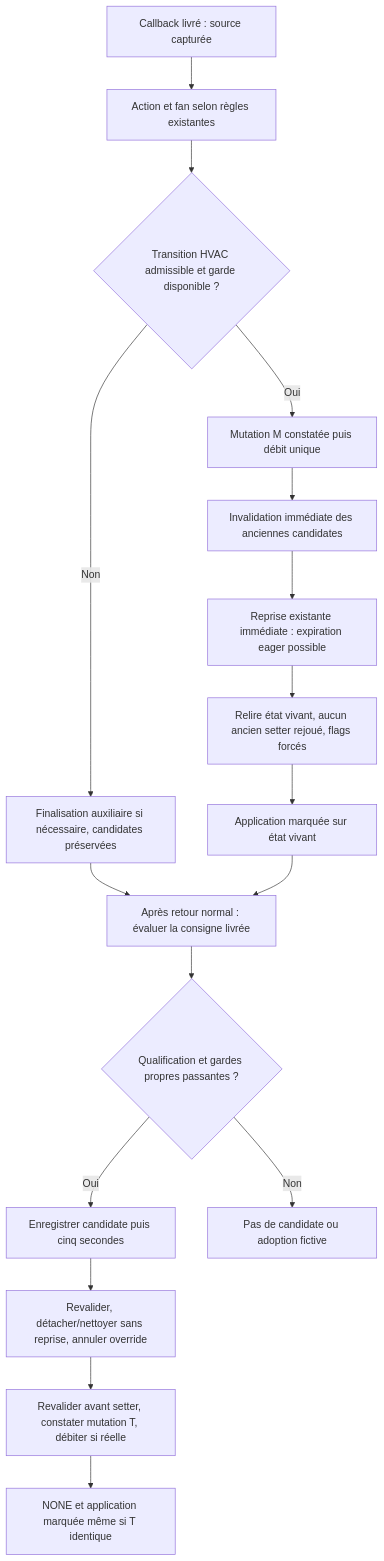
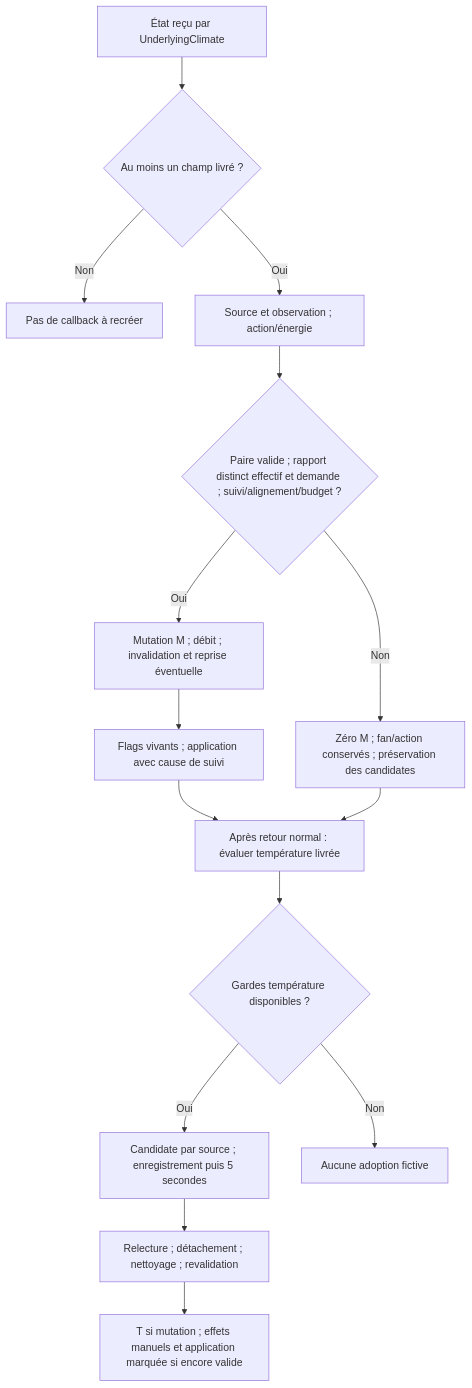
Before and after one commit to jmcollin78/versatile_thermostat: the diagram in documentation/tech-docs/issue-2141-design.md, drawn with Mermaid. The commit also changed other lines of this file and 2 other files, not shown here.

````diff
--- a/documentation/tech-docs/issue-2141-design.md
+++ b/documentation/tech-docs/issue-2141-design.md
@@ -99,19 +60,17 @@
 ```mermaid
 flowchart TD
-    A[Callback livré : source capturée] --> B[Action et fan selon règles existantes]
-    B --> C{Transition HVAC admissible et garde disponible ?}
-    C -- Non --> F[Finalisation auxiliaire si nécessaire, candidates préservées]
-    C -- Oui --> D[Mutation M constatée puis débit unique]
-    D --> E[Invalidation immédiate des anciennes candidates]
-    E --> R[Reprise existante immédiate : expiration eager possible]
-    R --> G[Relire état vivant, aucun ancien setter rejoué, flags forcés]
-    G --> H[Application marquée sur état vivant]
-    F --> I[Après retour normal : évaluer la consigne livrée]
-    H --> I
-    I --> J{Qualification et gardes propres passantes ?}
-    J -- Oui --> K[Enregistrer candidate puis cinq secondes]
-    K --> L[Revalider, détacher/nettoyer sans reprise, annuler override]
-    L --> M[Revalider avant setter, constater mutation T, débiter si réelle]
-    M --> N[NONE et application marquée même si T identique]
-    J -- Non --> O[Pas de candidate ou adoption fictive]
+    A[État reçu par UnderlyingClimate] --> B{Au moins un champ livré ?}
+    B -- Non --> X[Pas de callback à recréer]
+    B -- Oui --> C[Source et observation ; action/énergie]
+    C --> D{Paire valide ; rapport distinct effectif et demande ; suivi/alignement/budget ?}
+    D -- Oui --> E[Mutation M ; débit ; invalidation et reprise éventuelle]
+    E --> F[Flags vivants ; application avec cause de suivi]
+    D -- Non --> G[Zéro M ; fan/action conservés ; préservation des candidates]
+    F --> H[Après retour normal : évaluer température livrée]
+    G --> H
+    H --> I{Gardes température disponibles ?}
+    I -- Oui --> J[Candidate par source ; enregistrement puis 5 secondes]
+    J --> K[Relecture ; détachement ; nettoyage ; revalidation]
+    K --> L[T si mutation ; effets manuels et application marquée si encore valide]
+    I -- Non --> Y[Aucune adoption fictive]
 ```
````
